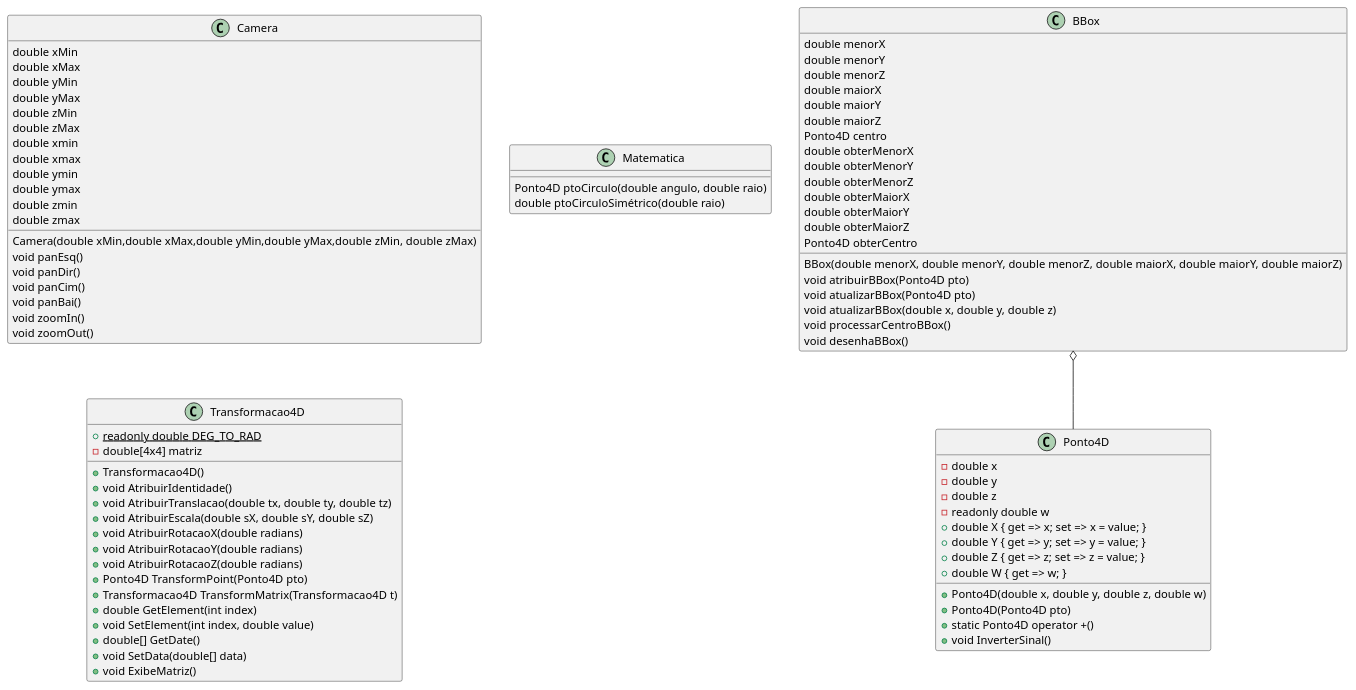
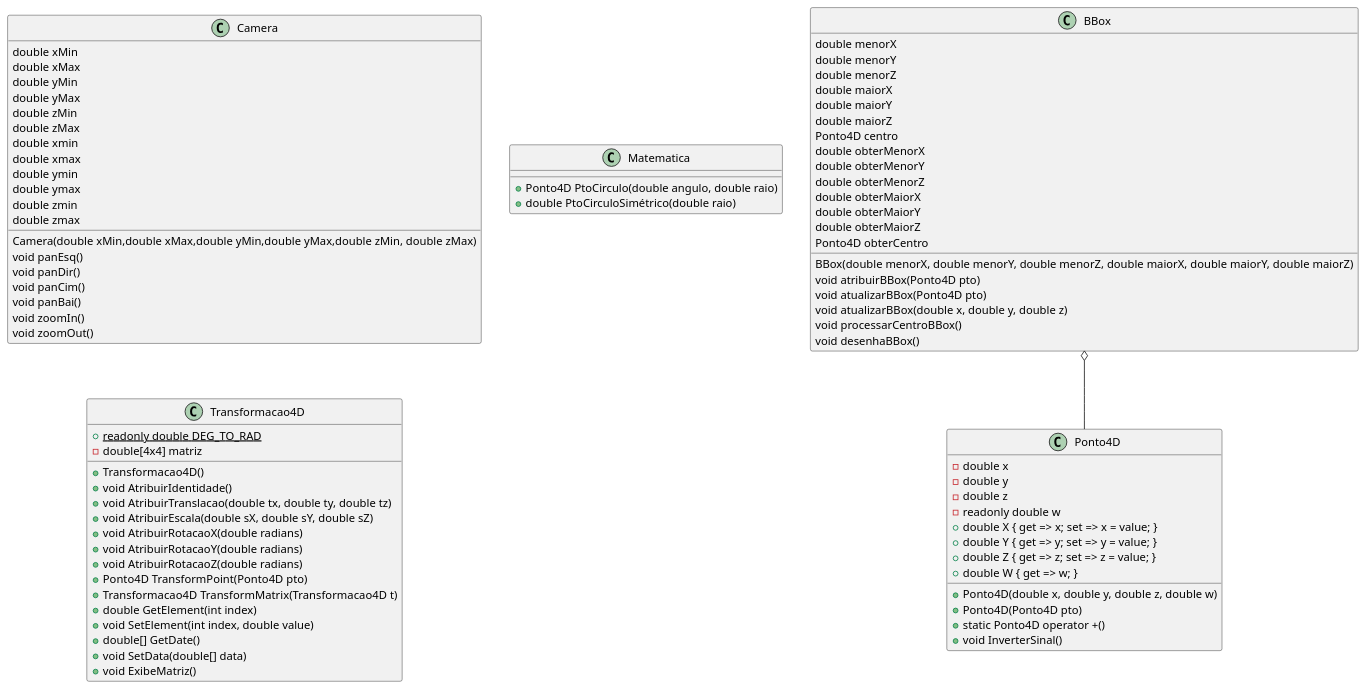
The diagram in CG_Biblioteca/docs/umlClasses.wsd (gustavospiess/gcg-cg), drawn with PlantUML before and after one commit. The commit also changed 1 other file, not shown here.

```diff
--- a/CG_Biblioteca/docs/umlClasses.wsd
+++ b/CG_Biblioteca/docs/umlClasses.wsd
@@ -2,78 +2,78 @@
 @startuml CG_Biblioteca
 
 BBox : double menorX
 BBox : double menorY
 BBox : double menorZ
 BBox : double maiorX
 BBox : double maiorY
 BBox : double maiorZ
 BBox : Ponto4D centro
 BBox : BBox(double menorX, double menorY, double menorZ, double maiorX, double maiorY, double maiorZ)
 BBox : void atribuirBBox(Ponto4D pto)	
 BBox : void atualizarBBox(Ponto4D pto)
 BBox : void atualizarBBox(double x, double y, double z)
 BBox : void processarCentroBBox()
 BBox : void desenhaBBox()
 BBox : double obterMenorX
 BBox : double obterMenorY
 BBox : double obterMenorZ
 BBox : double obterMaiorX
 BBox : double obterMaiorY
 BBox : double obterMaiorZ
 BBox : Ponto4D obterCentro
 BBox o-- Ponto4D
 
 Camera : double xMin
 Camera : double xMax
 Camera : double yMin
 Camera : double yMax
 Camera : double zMin
 Camera : double zMax
 Camera : Camera(double xMin,double xMax,double yMin,double yMax,double zMin, double zMax)
 Camera : double xmin
 Camera : double xmax
 Camera : double ymin
 Camera : double ymax
 Camera : double zmin
 Camera : double zmax
 Camera : void panEsq()
 Camera : void panDir()
 Camera : void panCim()
 Camera : void panBai()
 Camera : void zoomIn()
 Camera : void zoomOut()
 
-Matematica : Ponto4D ptoCirculo(double angulo, double raio)
-Matematica : double ptoCirculoSimétrico(double raio)
+Matematica : + Ponto4D PtoCirculo(double angulo, double raio)
+Matematica : + double PtoCirculoSimétrico(double raio)
 
 Ponto4D : - double x
 Ponto4D : - double y
 Ponto4D : - double z
 Ponto4D : - readonly double w
 Ponto4D : + Ponto4D(double x, double y, double z, double w)
 Ponto4D : + Ponto4D(Ponto4D pto)
 Ponto4D : + static Ponto4D operator +()
 Ponto4D : + double X { get => x; set => x = value; }
 Ponto4D : + double Y { get => y; set => y = value; }
 Ponto4D : + double Z { get => z; set => z = value; }
 Ponto4D : + double W { get => w; }
 Ponto4D : + void InverterSinal()
 
 Transformacao4D : {static} + readonly double DEG_TO_RAD
 Transformacao4D : -double[4x4] matriz
 Transformacao4D : +Transformacao4D()
 Transformacao4D : +void AtribuirIdentidade()
 Transformacao4D : +void AtribuirTranslacao(double tx, double ty, double tz)
 Transformacao4D : +void AtribuirEscala(double sX, double sY, double sZ)
 Transformacao4D : +void AtribuirRotacaoX(double radians)
 Transformacao4D : +void AtribuirRotacaoY(double radians)
 Transformacao4D : +void AtribuirRotacaoZ(double radians)
 Transformacao4D : +Ponto4D TransformPoint(Ponto4D pto)
 Transformacao4D : +Transformacao4D TransformMatrix(Transformacao4D t)
 Transformacao4D : +double GetElement(int index)
 Transformacao4D : +void SetElement(int index, double value)
 Transformacao4D : +double[] GetDate()
 Transformacao4D : +void SetData(double[] data)
 Transformacao4D : +void ExibeMatriz()
 
 @enduml
```
